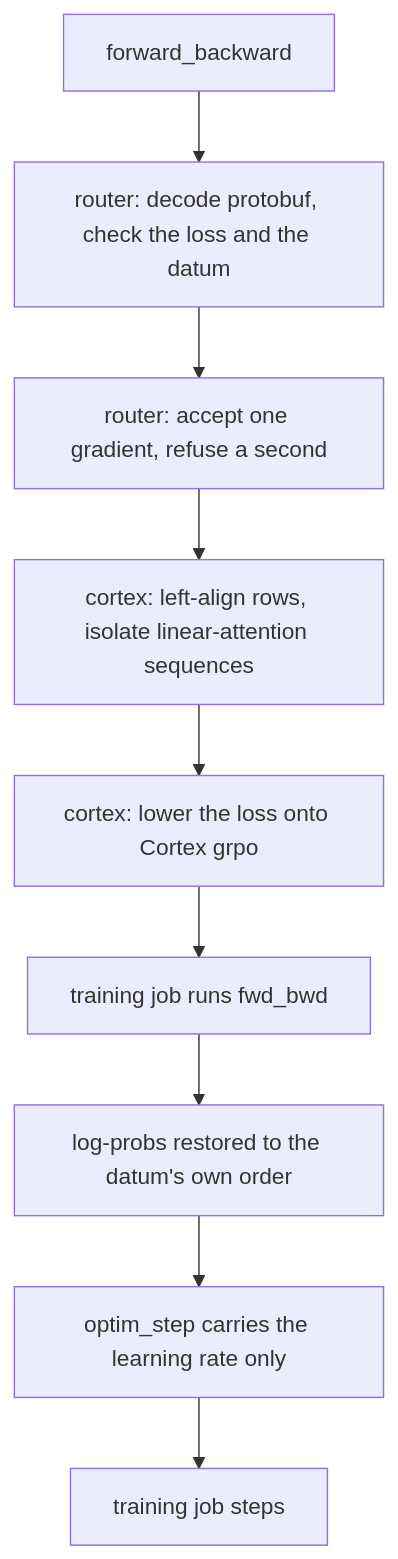
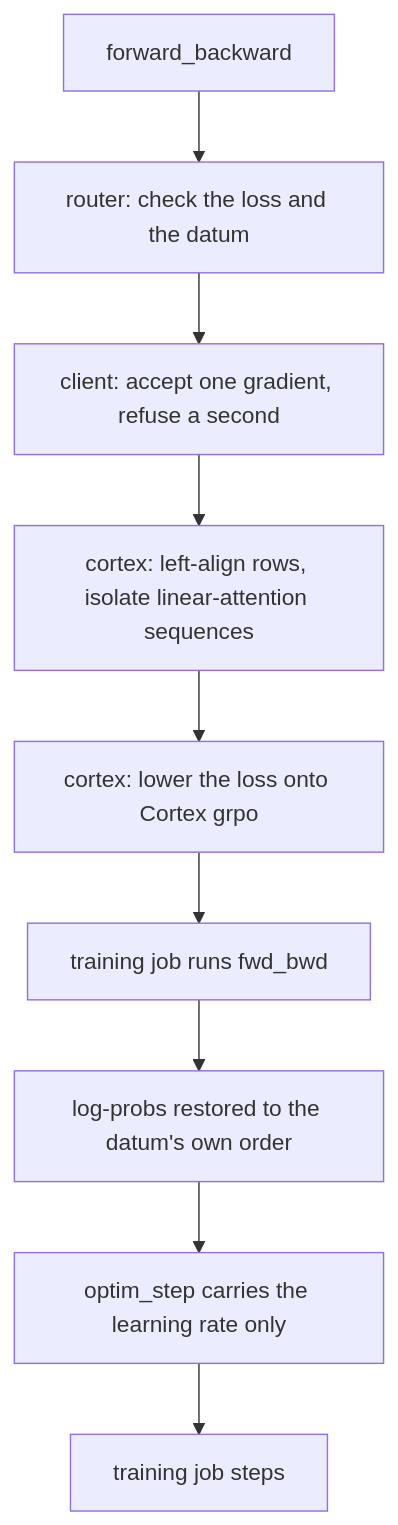
The second of 2 diagrams in arctic_platform/integrations/tinker/README.md (Snowflake-AI-Research/Arctic-Platform), drawn with Mermaid before and after one commit. The commit also changed other lines of this file and 15 other files, not shown here.

````diff
--- a/arctic_platform/integrations/tinker/README.md
+++ b/arctic_platform/integrations/tinker/README.md
@@ -38,11 +38,11 @@
 ```mermaid
 flowchart TD
-  A["forward_backward"] --> B["router: decode protobuf, check the loss and the datum"]
-  B --> C["router: accept one gradient, refuse a second"]
+  A["forward_backward"] --> B["router: check the loss and the datum"]
+  B --> C["client: accept one gradient, refuse a second"]
   C --> D["cortex: left-align rows, isolate linear-attention sequences"]
   D --> E["cortex: lower the loss onto Cortex grpo"]
   E --> F["training job runs fwd_bwd"]
   F --> G["log-probs restored to the datum's own order"]
   G --> H["optim_step carries the learning rate only"]
   H --> I["training job steps"]
 ```
````
